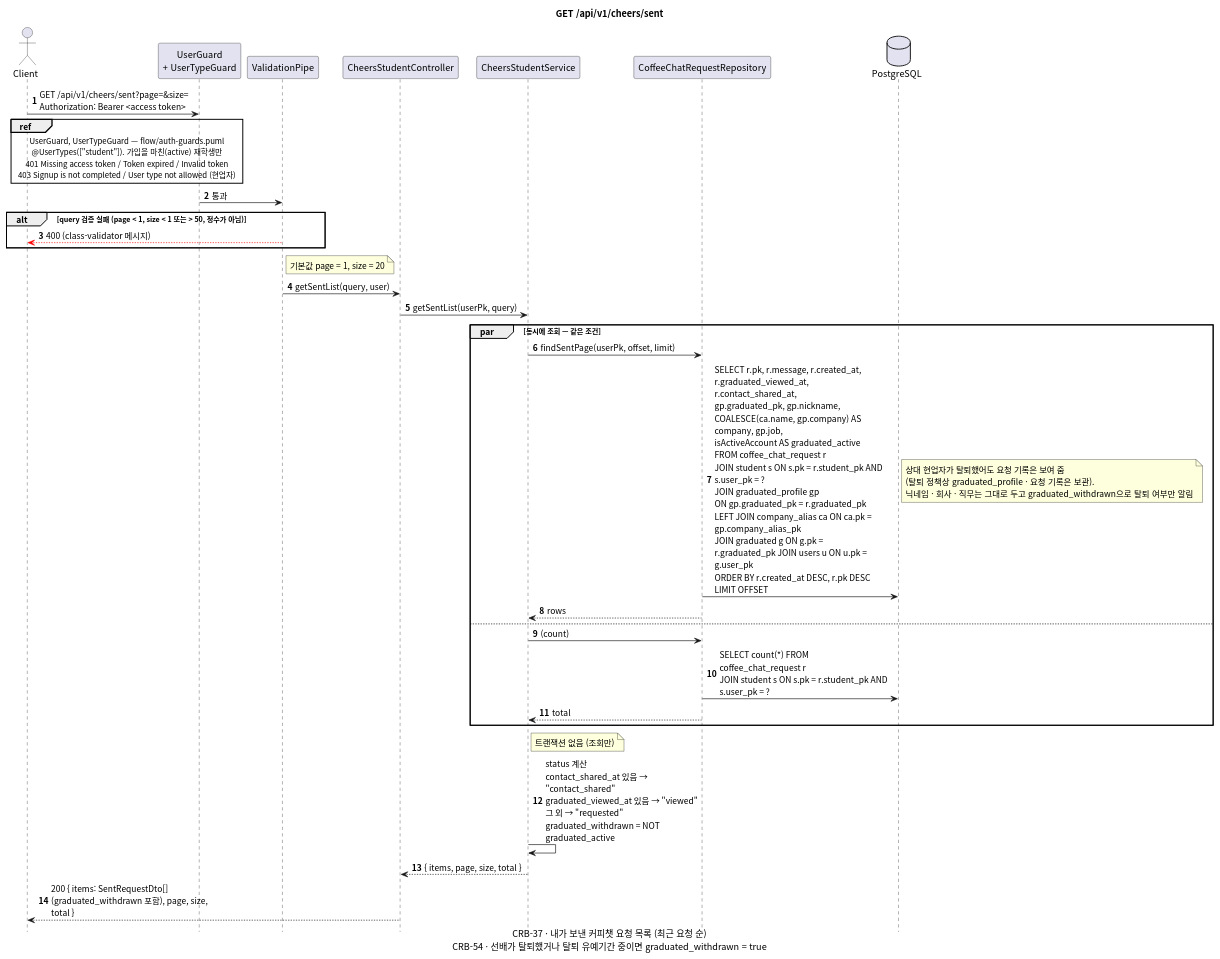
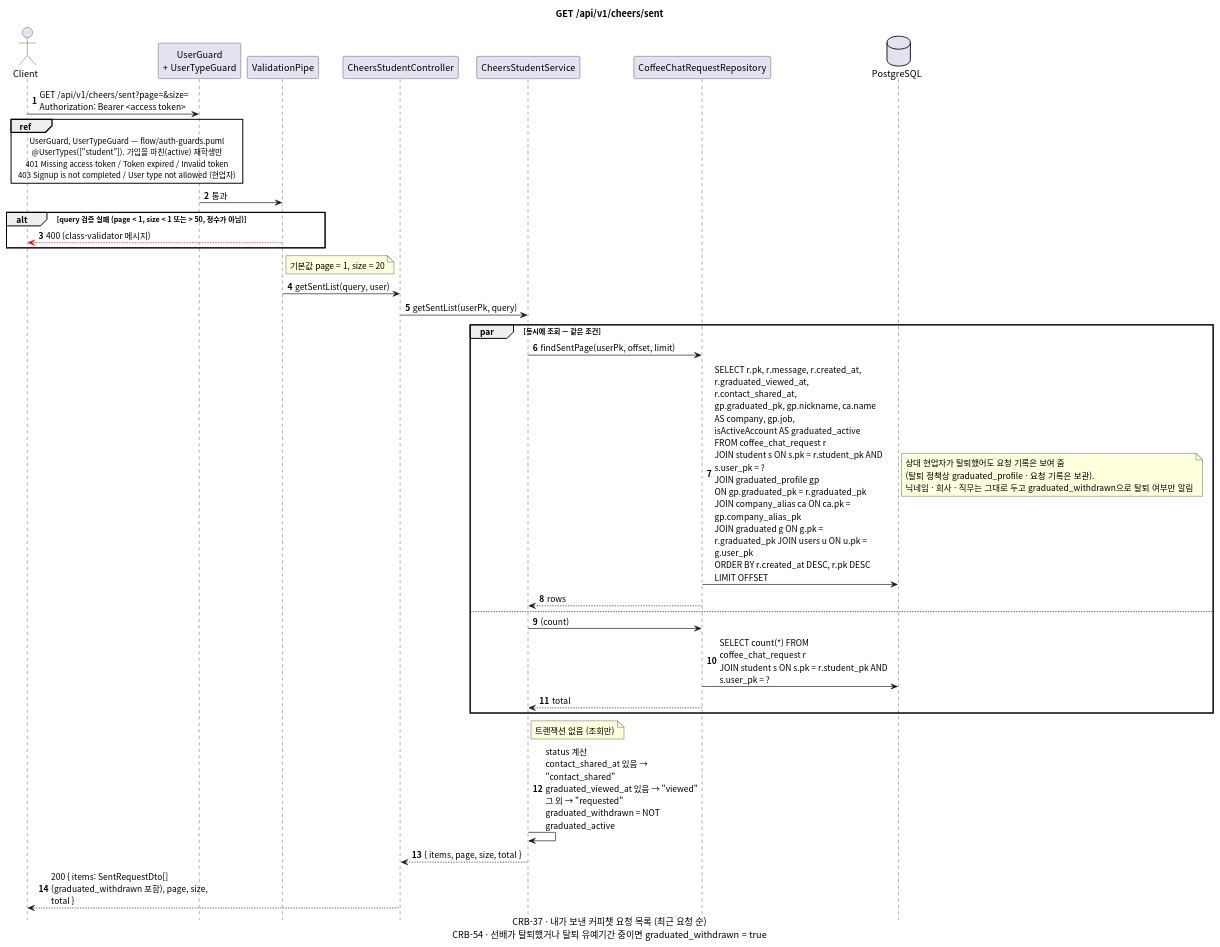
Before and after one commit to gsainfoteam/cheers-be: the diagram in docs/sequence/cheers/get-cheers-sent.puml, drawn with PlantUML. The commit also changed 9 other files, not shown here.

Commit message:
- docs: update schema docs and sequence diagrams for company column removal (CRB-73)

```diff
--- a/docs/sequence/cheers/get-cheers-sent.puml
+++ b/docs/sequence/cheers/get-cheers-sent.puml
@@ -1,57 +1,57 @@
 @startuml get-cheers-sent
 skinparam defaultFontName "Apple SD Gothic Neo", "Noto Sans CJK KR", sans-serif
 skinparam responseMessageBelowArrow true
 skinparam sequenceMessageAlign left
 skinparam maxMessageSize 260
 skinparam BoxPadding 8
 skinparam shadowing false
 autonumber
 hide footbox
 
 title GET /api/v1/cheers/sent
 caption CRB-37 · 내가 보낸 커피챗 요청 목록 (최근 요청 순)\nCRB-54 · 선배가 탈퇴했거나 탈퇴 유예기간 중이면 graduated_withdrawn = true
 
 actor Client
 participant "UserGuard\n+ UserTypeGuard" as Guard
 participant "ValidationPipe" as Pipe
 participant "CheersStudentController" as Controller
 participant "CheersStudentService" as Service
 participant "CoffeeChatRequestRepository" as CoffeeChatRequestRepository
 database PostgreSQL
 
 Client -> Guard: GET /api/v1/cheers/sent?page=&size=\nAuthorization: Bearer <access token>
 ref over Client, Guard
   UserGuard, UserTypeGuard — flow/auth-guards.puml
   @UserTypes(["student"]). 가입을 마친(active) 재학생만
   401 Missing access token / Token expired / Invalid token
   403 Signup is not completed / User type not allowed (현업자)
 end ref
 Guard -> Pipe: 통과
 alt query 검증 실패 (page < 1, size < 1 또는 > 50, 정수가 아님)
   Pipe -[#red]-> Client: 400 (class-validator 메시지)
 end
 note right of Pipe: 기본값 page = 1, size = 20
 Pipe -> Controller: getSentList(query, user)
 Controller -> Service: getSentList(userPk, query)
 
 par 동시에 조회 — 같은 조건
   Service -> CoffeeChatRequestRepository: findSentPage(userPk, offset, limit)
-  CoffeeChatRequestRepository -> PostgreSQL: SELECT r.pk, r.message, r.created_at,\nr.graduated_viewed_at, r.contact_shared_at,\ngp.graduated_pk, gp.nickname, COALESCE(ca.name, gp.company) AS company, gp.job,\nisActiveAccount AS graduated_active\nFROM coffee_chat_request r\nJOIN student s ON s.pk = r.student_pk AND s.user_pk = ?\nJOIN graduated_profile gp\nON gp.graduated_pk = r.graduated_pk\nLEFT JOIN company_alias ca ON ca.pk = gp.company_alias_pk\nJOIN graduated g ON g.pk = r.graduated_pk JOIN users u ON u.pk = g.user_pk\nORDER BY r.created_at DESC, r.pk DESC LIMIT OFFSET
+  CoffeeChatRequestRepository -> PostgreSQL: SELECT r.pk, r.message, r.created_at,\nr.graduated_viewed_at, r.contact_shared_at,\ngp.graduated_pk, gp.nickname, ca.name AS company, gp.job,\nisActiveAccount AS graduated_active\nFROM coffee_chat_request r\nJOIN student s ON s.pk = r.student_pk AND s.user_pk = ?\nJOIN graduated_profile gp\nON gp.graduated_pk = r.graduated_pk\nJOIN company_alias ca ON ca.pk = gp.company_alias_pk\nJOIN graduated g ON g.pk = r.graduated_pk JOIN users u ON u.pk = g.user_pk\nORDER BY r.created_at DESC, r.pk DESC LIMIT OFFSET
   note right
     상대 현업자가 탈퇴했어도 요청 기록은 보여 줌
     (탈퇴 정책상 graduated_profile · 요청 기록은 보관).
     닉네임 · 회사 · 직무는 그대로 두고 graduated_withdrawn으로 탈퇴 여부만 알림
   end note
   CoffeeChatRequestRepository --> Service: rows
 else
   Service -> CoffeeChatRequestRepository: (count)
   CoffeeChatRequestRepository -> PostgreSQL: SELECT count(*) FROM coffee_chat_request r\nJOIN student s ON s.pk = r.student_pk AND s.user_pk = ?
   CoffeeChatRequestRepository --> Service: total
 end
 note right of Service: 트랜잭션 없음 (조회만)
 
 Service -> Service: status 계산\ncontact_shared_at 있음 → "contact_shared"\ngraduated_viewed_at 있음 → "viewed"\n그 외 → "requested"\ngraduated_withdrawn = NOT graduated_active
 Service --> Controller: { items, page, size, total }
 Controller --> Client: 200 { items: SentRequestDto[] (graduated_withdrawn 포함), page, size, total }
 
 @enduml
```
